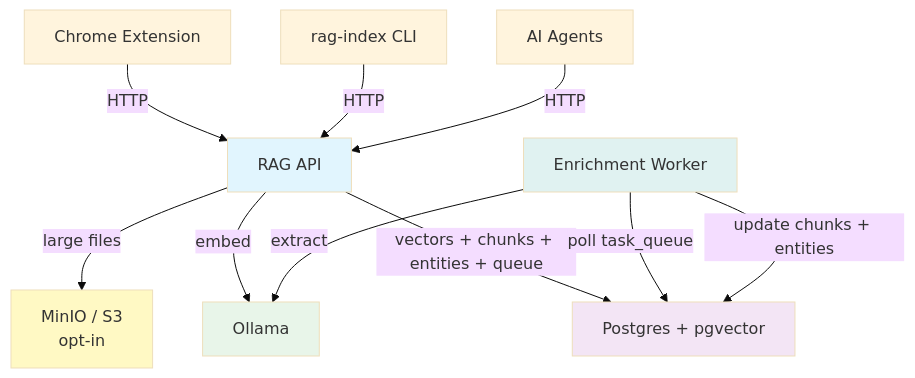
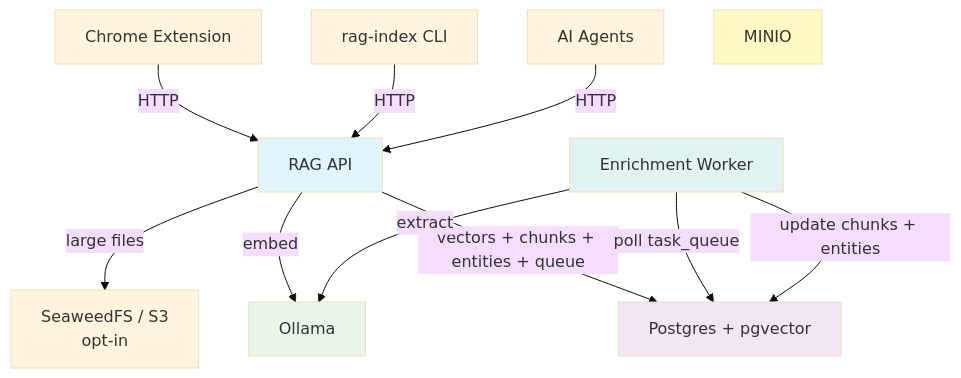
Before and after one commit to mfittko/raged: the diagram in docs/plans/2026-02-15-postgres-consolidation-design.md, drawn with Mermaid (base theme). The commit also changed other lines of this file, not shown here.

First line of the commit message:
docs: replace MinIO with SeaweedFS for blob storage

````diff
--- a/docs/plans/2026-02-15-postgres-consolidation-design.md
+++ b/docs/plans/2026-02-15-postgres-consolidation-design.md
@@ -13,20 +13,20 @@
 ```mermaid
 graph TD
     EXT[Chrome Extension] -->|HTTP| API
     CLI[rag-index CLI] -->|HTTP| API
     AGENT[AI Agents] -->|HTTP| API
 
     API[RAG API] -->|embed| OL[Ollama]
     API -->|vectors + chunks + entities + queue| PG[Postgres + pgvector]
-    API -->|large files| MINIO[MinIO / S3<br/>opt-in]
+    API -->|large files| SWF[SeaweedFS / S3<br/>opt-in]
 
     WK[Enrichment Worker] -->|poll task_queue| PG
     WK -->|update chunks + entities| PG
     WK -->|extract| OL
 
     style API fill:#e1f5fe
     style PG fill:#f3e5f5
     style OL fill:#e8f5e9
     style MINIO fill:#fff9c4
     style WK fill:#e0f2f1
 ```
````
